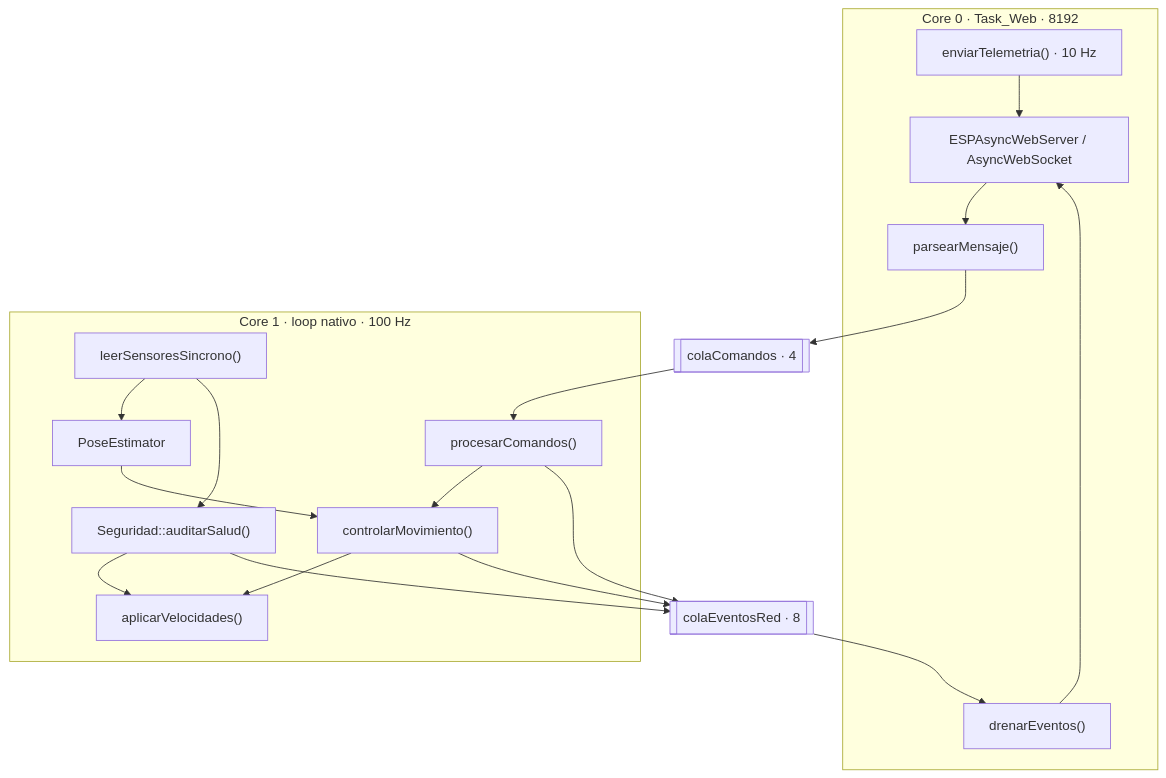
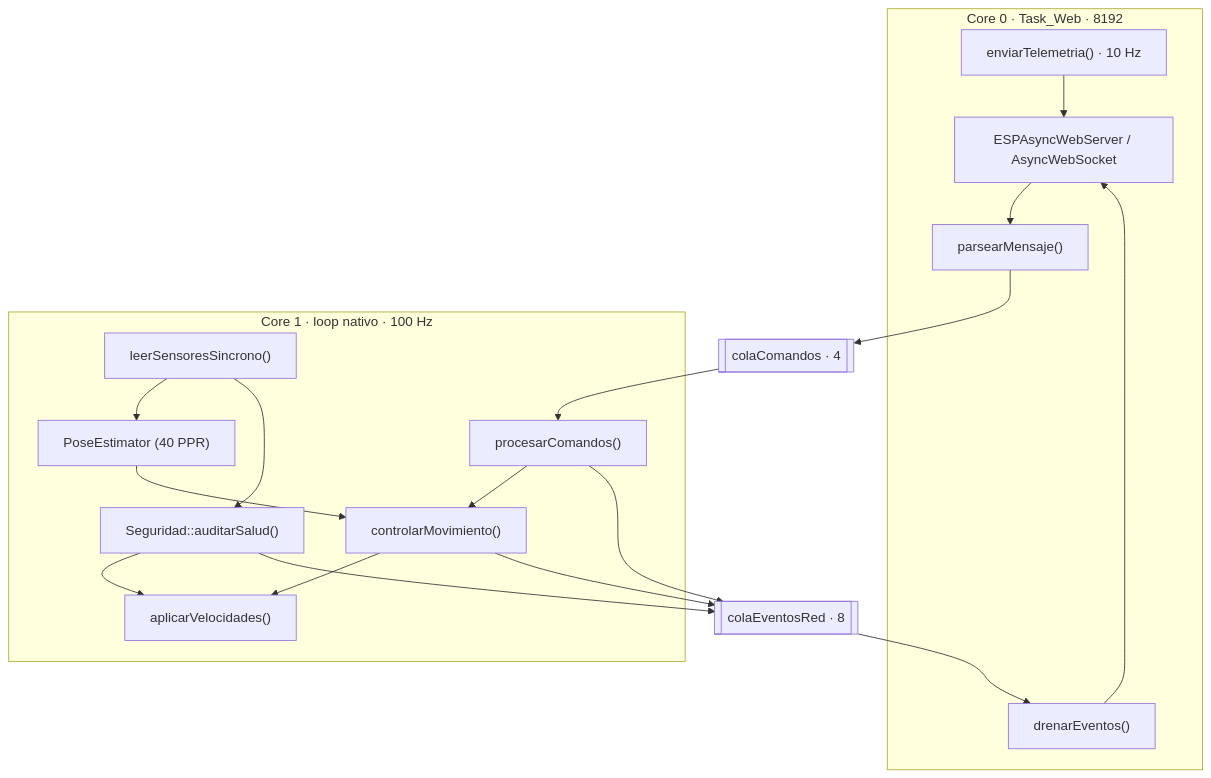
One commit to RubenAndresGome/carroTest3-For-Esp32-s3-wroom changed the fourth of 19 diagrams in DIAGRAMA_SISTEMA_GENERAL.md. Above: the diagram before and after it, drawn with Mermaid. The commit also changed other lines of this file and 369 other files, not shown here.

````diff
--- a/DIAGRAMA_SISTEMA_GENERAL.md
+++ b/DIAGRAMA_SISTEMA_GENERAL.md
@@ -104,36 +145,36 @@
 ```mermaid
 flowchart TB
     subgraph CORE0["Core 0 · Task_Web · 8192"]
         WS["ESPAsyncWebServer / AsyncWebSocket"]
         Parse["parsearMensaje()"]
         Drain["drenarEventos()"]
         Telemetry["enviarTelemetria() · 10 Hz"]
         WS --> Parse
         Drain --> WS
         Telemetry --> WS
     end
 
     CmdQ[["colaComandos · 4"]]
     EvtQ[["colaEventosRed · 8"]]
 
     subgraph CORE1["Core 1 · loop nativo · 100 Hz"]
         Commands["procesarComandos()"]
         Sensors["leerSensoresSincrono()"]
-        Pose["PoseEstimator"]
+        Pose["PoseEstimator (40 PPR)"]
         Safety["Seguridad::auditarSalud()"]
         Motion["controlarMovimiento()"]
         Motor["aplicarVelocidades()"]
         Commands --> Motion
         Sensors --> Pose
         Sensors --> Safety
         Pose --> Motion
         Safety --> Motor
         Motion --> Motor
     end
 
     Parse --> CmdQ --> Commands
     Commands --> EvtQ
     Motion --> EvtQ
     Safety --> EvtQ
     EvtQ --> Drain
 ```
````
